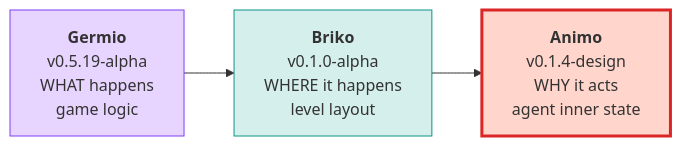
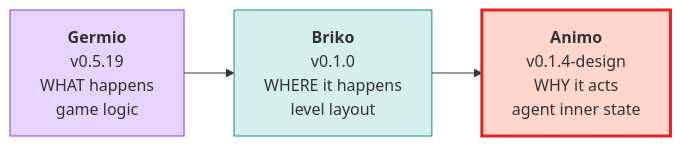
Before and after one commit to hiroxpepe/animo: the first of 59 diagrams in docs/animo_spec_v0.1.5_EN.md, drawn with Mermaid. The commit also changed other lines of this file and 8 other files, not shown here.

````diff
--- a/docs/animo_spec_v0.1.5_EN.md
+++ b/docs/animo_spec_v0.1.5_EN.md
@@ -64,10 +64,10 @@
 ```mermaid
 flowchart LR
-  G["<b>Germio</b><br/>v0.5.19-alpha<br/>WHAT happens<br/>game logic"]
-  B["<b>Briko</b><br/>v0.1.0-alpha<br/>WHERE it happens<br/>level layout"]
+  G["<b>Germio</b><br/>v0.5.19<br/>WHAT happens<br/>game logic"]
+  B["<b>Briko</b><br/>v0.1.0<br/>WHERE it happens<br/>level layout"]
   A["<b>Animo</b><br/>v0.1.4-design<br/>WHY it acts<br/>agent inner state"]
   G --> B --> A
   style G fill:#e8d5ff,stroke:#7e3ff2
   style B fill:#d5f0ec,stroke:#0d9488
   style A fill:#ffd5cc,stroke:#dc2626,stroke-width:3px
 ```
````
